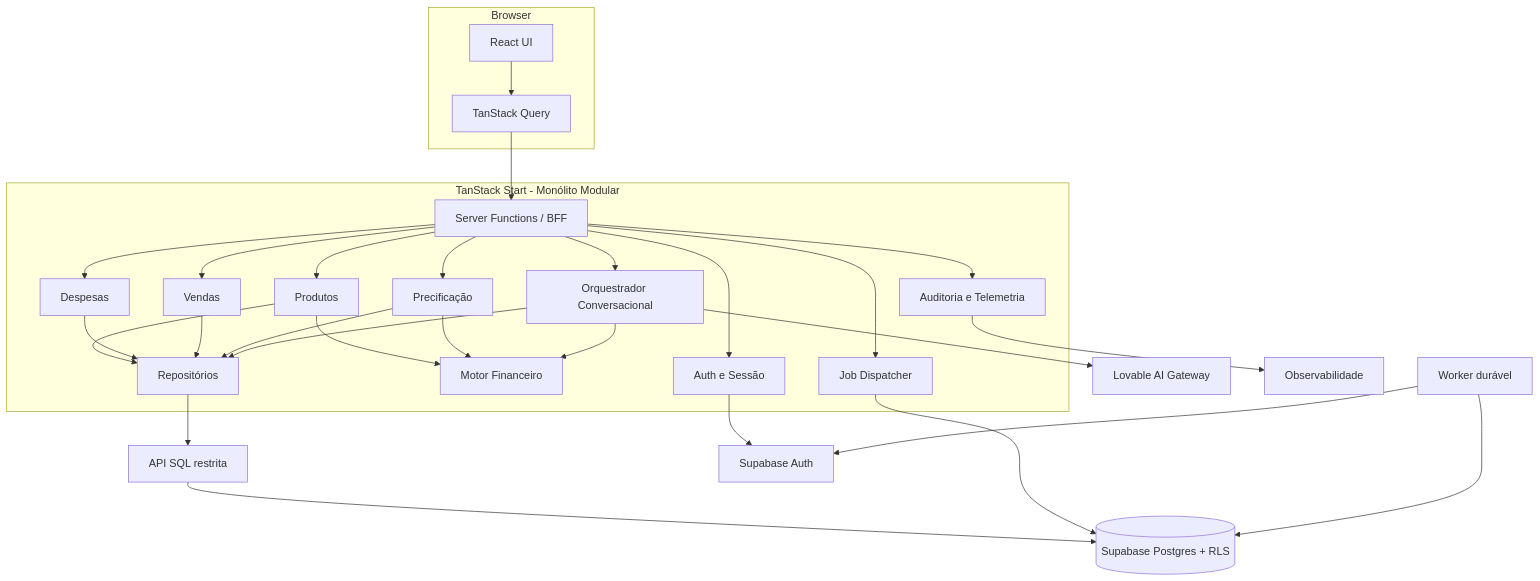
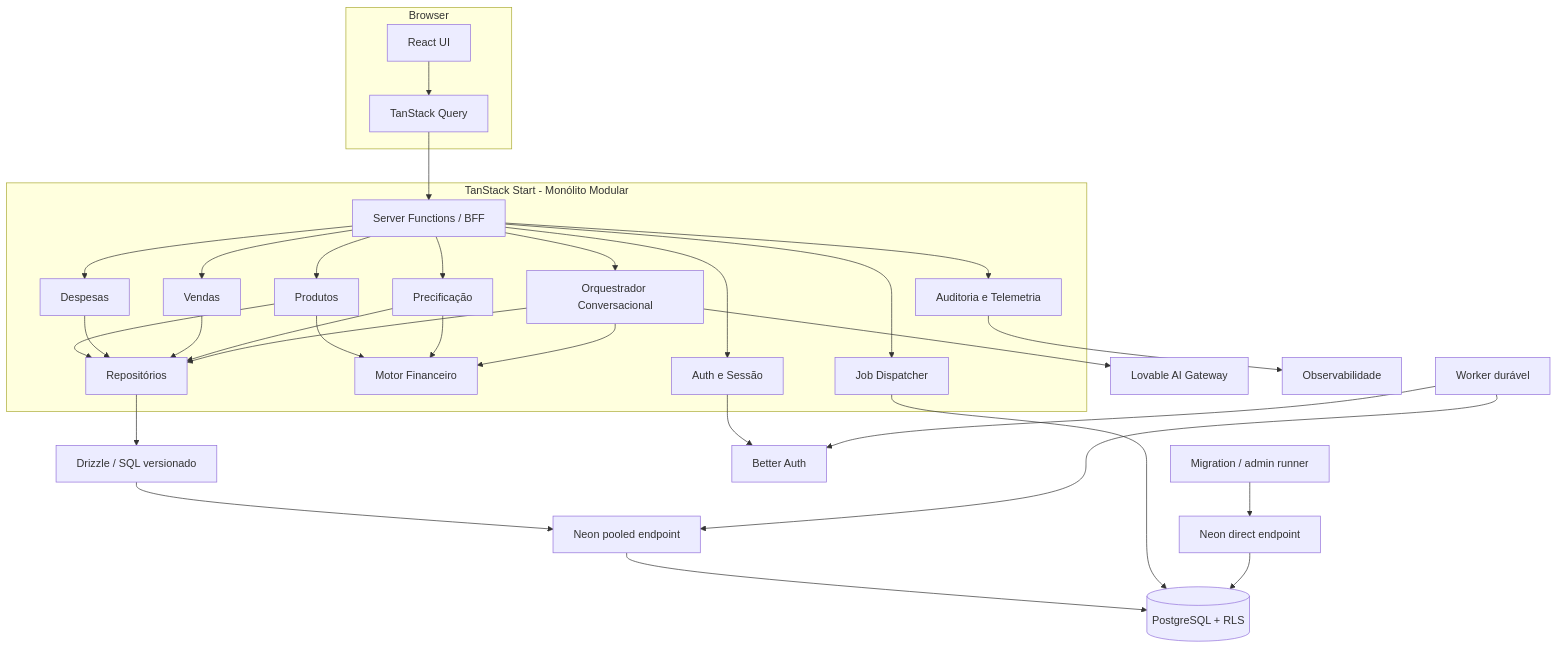
The second of 4 diagrams in SDD.md (Douglas0101/preco-que-da-lucro), drawn with Mermaid before and after one commit. The commit also changed other lines of this file, not shown here.

````diff
--- a/SDD.md
+++ b/SDD.md
@@ -464,51 +508,55 @@
 ```mermaid
 flowchart TB
   subgraph Browser
     UI[React UI]
     QC[TanStack Query]
   end
 
   subgraph App[TanStack Start - Monólito Modular]
     BFF[Server Functions / BFF]
     AUTH[Auth e Sessão]
     PROD[Produtos]
     EXP[Despesas]
     SALES[Vendas]
     PRICE[Precificação]
     CONV[Orquestrador Conversacional]
     FIN[Motor Financeiro]
     REP[Repositórios]
     AUD[Auditoria e Telemetria]
     JOB[Job Dispatcher]
   end
 
-  DBAPI[API SQL restrita]
-  DB[(Supabase Postgres + RLS)]
-  SA[Supabase Auth]
+  DBAPI[Drizzle / SQL versionado]
+  POOL[Neon pooled endpoint]
+  DIRECT[Neon direct endpoint]
+  DB[(PostgreSQL + RLS)]
+  SA[Better Auth]
   AI[Lovable AI Gateway]
   OBS[Observabilidade]
   WORKER[Worker durável]
+  MIG[Migration / admin runner]
 
   UI --> QC --> BFF
   BFF --> AUTH
   BFF --> PROD
   BFF --> EXP
   BFF --> SALES
   BFF --> PRICE
   BFF --> CONV
   PROD --> FIN
   PRICE --> FIN
   CONV --> FIN
   PROD --> REP
   EXP --> REP
   SALES --> REP
   PRICE --> REP
   CONV --> REP
-  REP --> DBAPI --> DB
+  REP --> DBAPI --> POOL --> DB
   AUTH --> SA
   CONV --> AI
   BFF --> AUD --> OBS
   BFF --> JOB --> DB
-  WORKER --> DB
+  WORKER --> POOL
   WORKER --> SA
+  MIG --> DIRECT --> DB
 ```
````
